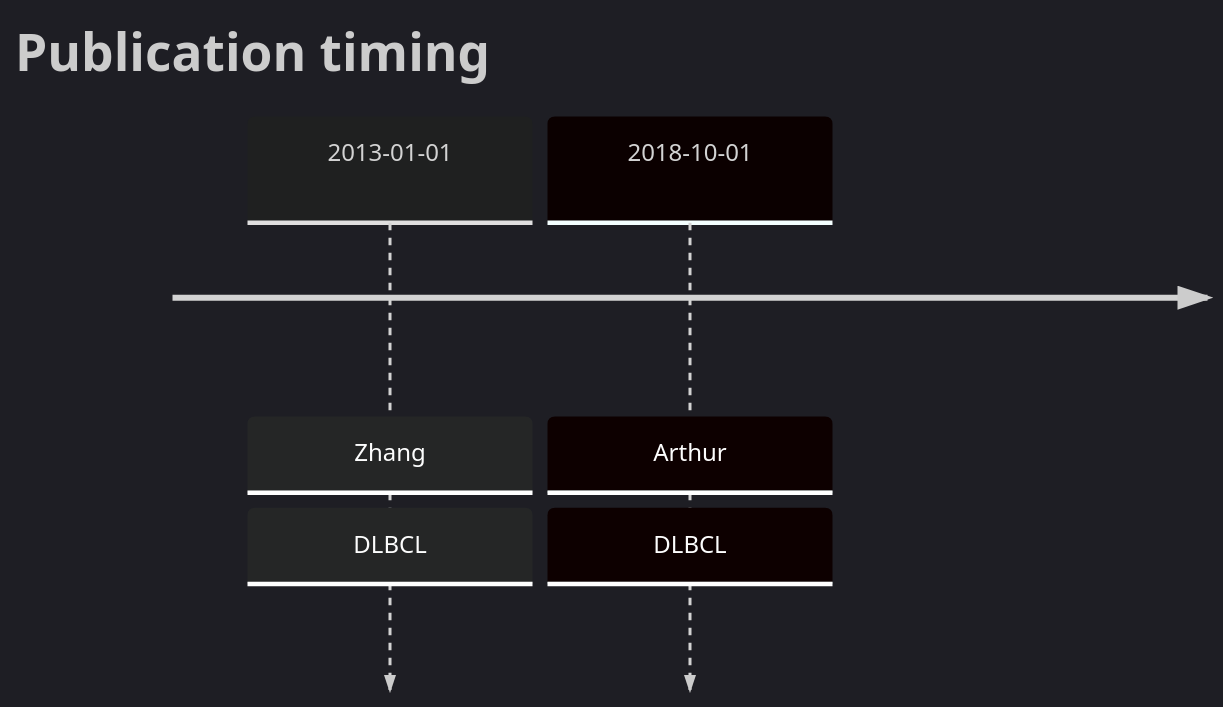
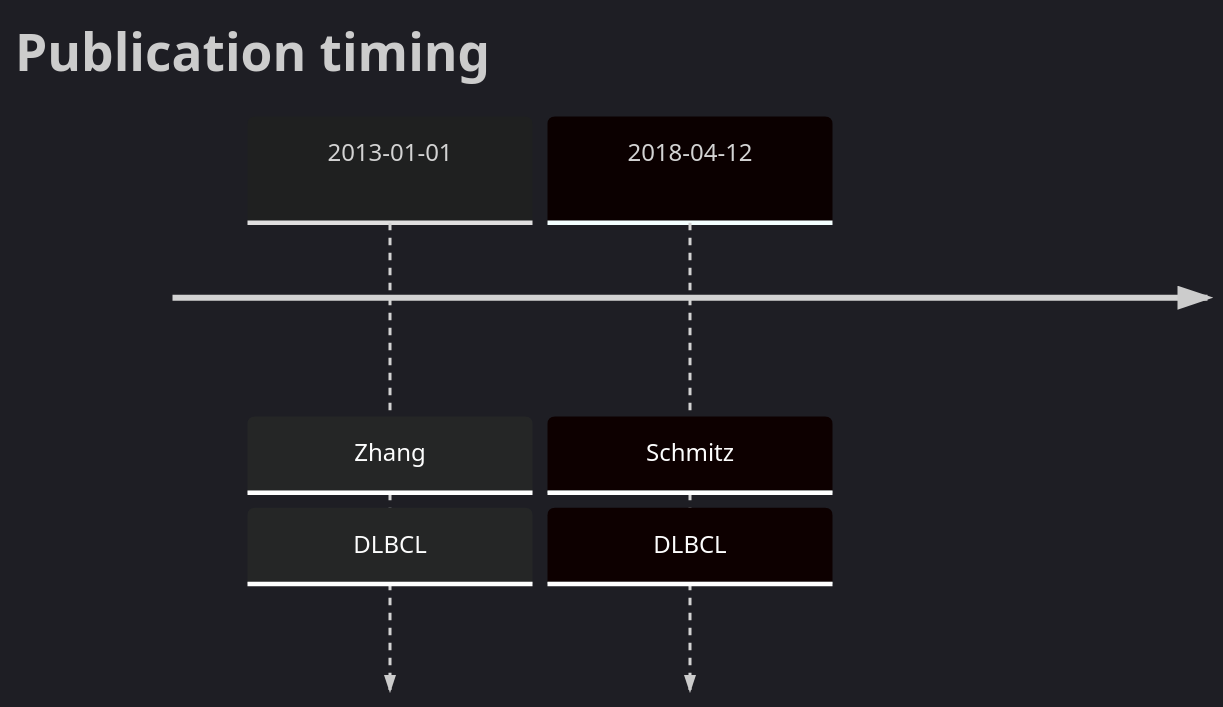
One commit to morinlab/lymphopedia changed the diagram in OSBPL10.md. Above: the diagram before and after it, drawn with Mermaid. The commit also changed other lines of this file, not shown here.

````diff
--- a/OSBPL10.md
+++ b/OSBPL10.md
@@ -12,7 +12,8 @@
 ```mermaid
 %%{init: { 'logLevel': 'debug', 'theme': 'dark' } }%%
 timeline
     title Publication timing
       2013-01-01 : Zhang : DLBCL
-      2018-10-01 : Arthur : DLBCL
+      2018-04-12 : Schmitz : DLBCL
+
 ```
````
